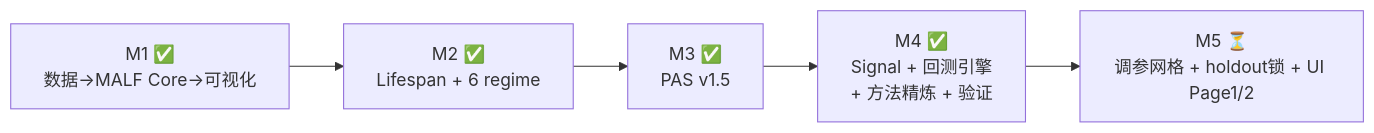
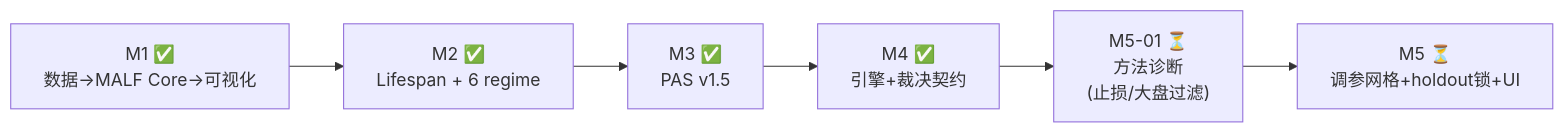
Diagram 11 of 11 in docs/03-task-breakdown/REBUILD_PLAN.md (everything-is-simple/Asteria-malf-pas), drawn with Mermaid before and after one commit. The commit also changed other lines of this file and 1 other file, not shown here.

````diff
--- a/docs/03-task-breakdown/REBUILD_PLAN.md
+++ b/docs/03-task-breakdown/REBUILD_PLAN.md
@@ -436,7 +436,8 @@
 ```mermaid
 flowchart LR
     M1["M1 ✅<br/>数据→MALF Core→可视化"] --> M2["M2 ✅<br/>Lifespan + 6 regime"]
     M2 --> M3["M3 ✅<br/>PAS v1.5"]
-    M3 --> M4["M4 ✅<br/>Signal + 回测引擎<br/>+ 方法精炼 + 验证"]
-    M4 --> M5["M5 ⏳<br/>调参网格 + holdout锁 + UI Page1/2"]
+    M3 --> M4["M4 ✅<br/>引擎+裁决契约"]
+    M4 --> M501["M5-01 ⏳<br/>方法诊断<br/>(止损/大盘过滤)"]
+    M501 --> M5["M5 ⏳<br/>调参网格+holdout锁+UI"]
 ```
````
